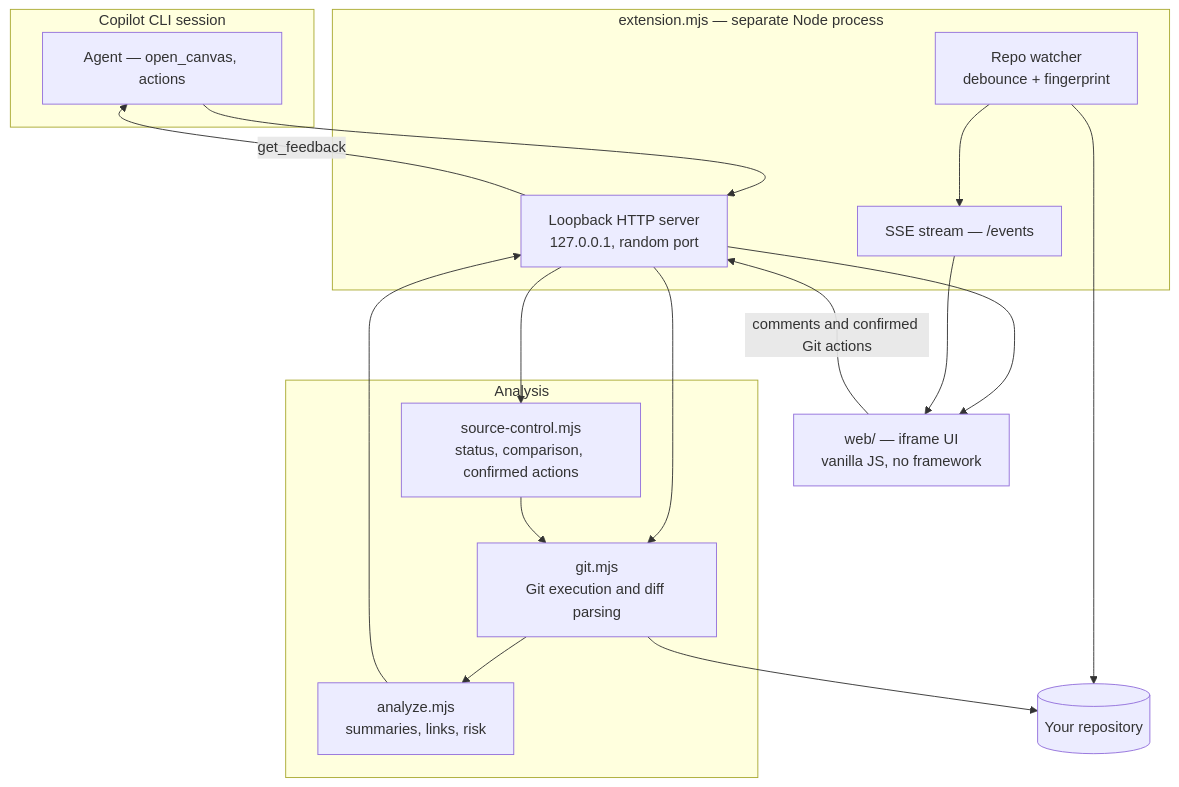
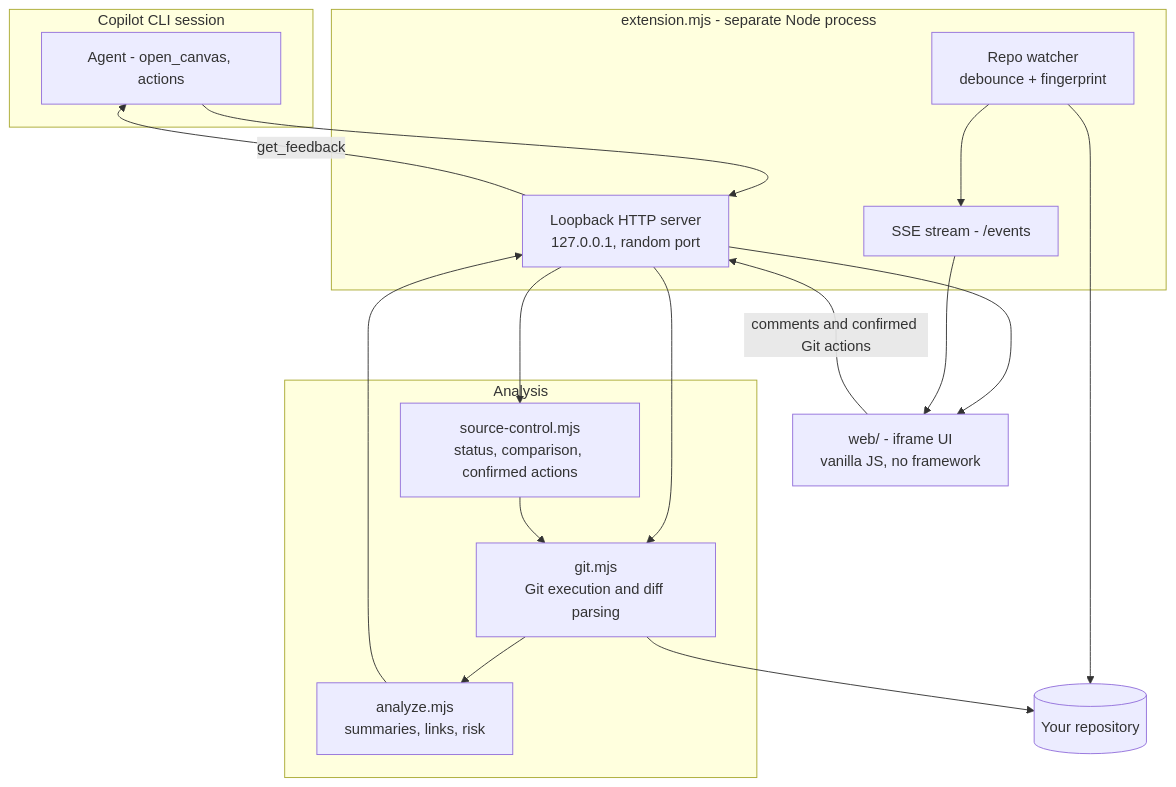
Before and after one commit to nimrod-rozenman/GitSummit-Canvas: the second of 2 diagrams in README.md, drawn with Mermaid. The commit also changed other lines of this file, not shown here.

````diff
--- a/README.md
+++ b/README.md
@@ -298,32 +243,32 @@
 ```mermaid
 flowchart TB
     subgraph host["Copilot CLI session"]
-        AGENT["Agent — open_canvas, actions"]
+        AGENT["Agent - open_canvas, actions"]
     end
 
-    subgraph ext["extension.mjs — separate Node process"]
+    subgraph ext["extension.mjs - separate Node process"]
         SRV["Loopback HTTP server<br/>127.0.0.1, random port"]
-        SSE["SSE stream — /events"]
+        SSE["SSE stream - /events"]
         WATCH["Repo watcher<br/>debounce + fingerprint"]
     end
 
     subgraph core["Analysis"]
         GIT["git.mjs<br/>Git execution and diff parsing"]
         SC["source-control.mjs<br/>status, comparison, confirmed actions"]
         AN["analyze.mjs<br/>summaries, links, risk"]
     end
 
-    UI["web/ — iframe UI<br/>vanilla JS, no framework"]
+    UI["web/ - iframe UI<br/>vanilla JS, no framework"]
     REPO[("Your repository")]
 
     AGENT --> SRV
     SRV --> GIT --> REPO
     SRV --> SC --> GIT
     GIT --> AN --> SRV
     SRV --> UI
     SSE --> UI
     WATCH --> REPO
     WATCH --> SSE
     UI -->|comments and confirmed Git actions| SRV
     SRV -->|get_feedback| AGENT
 ```
````
